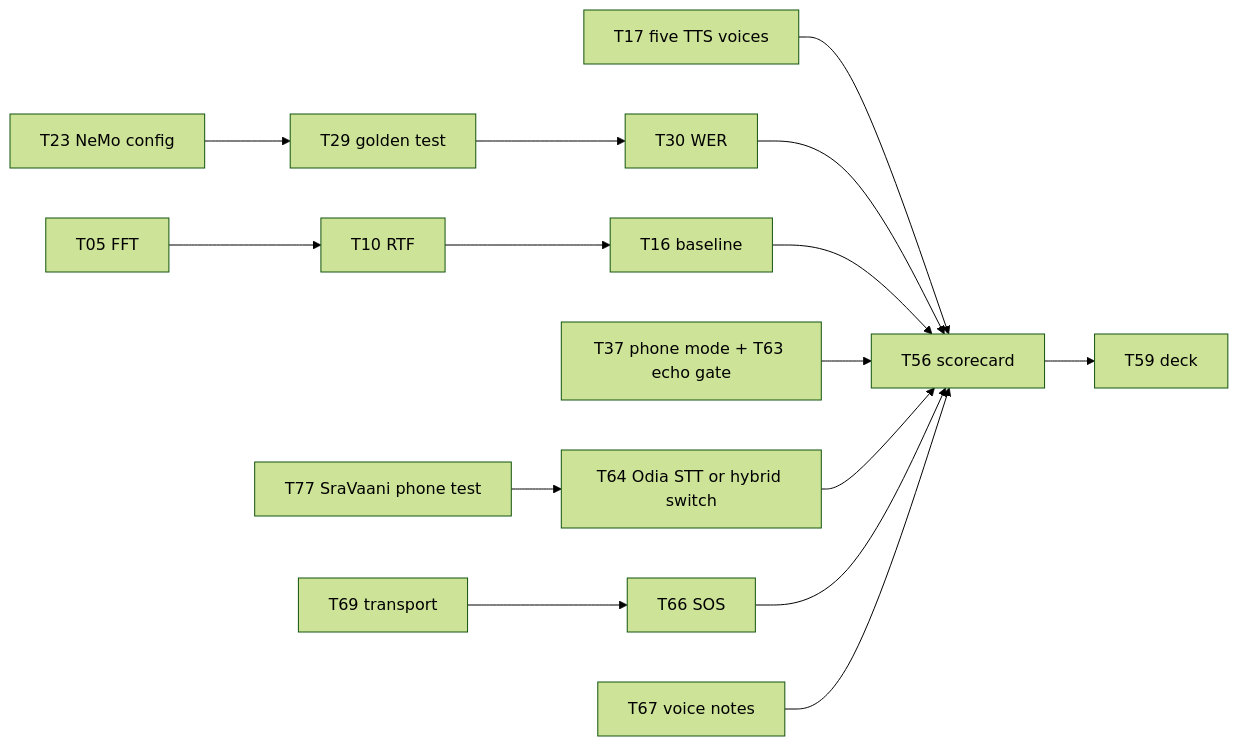
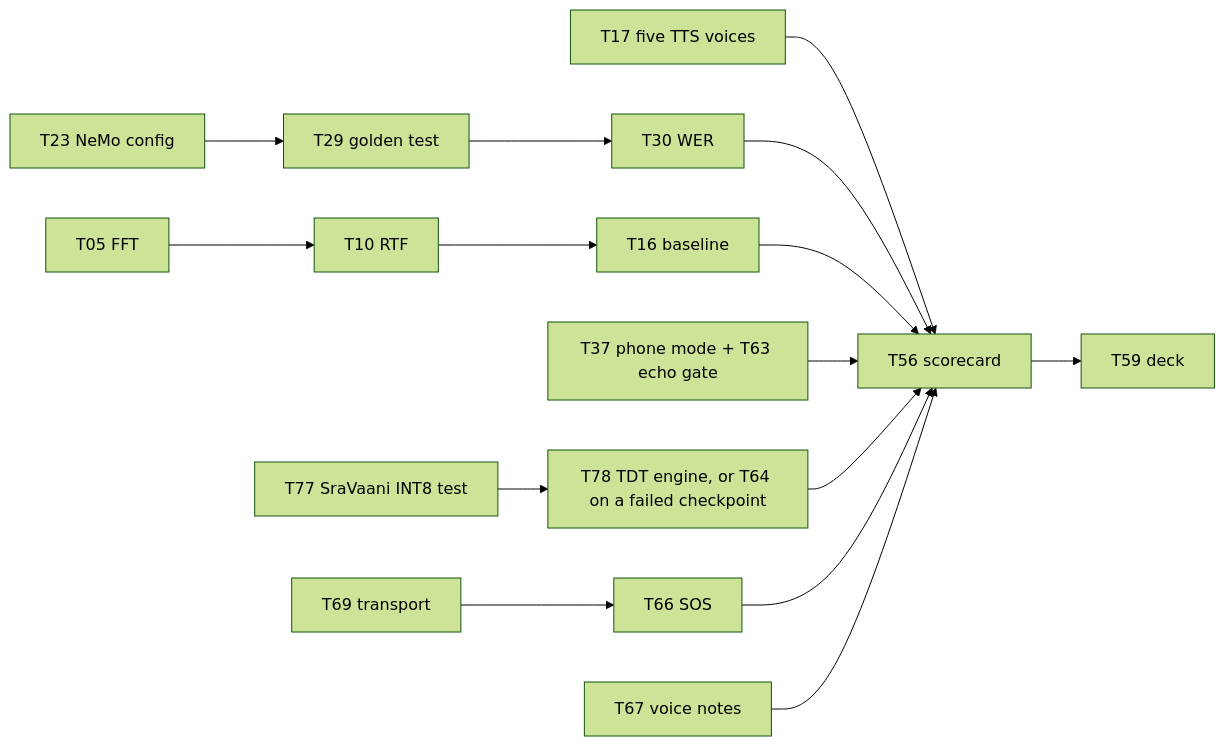
One commit to Precise-Goals/iTantra-Communication-Ecosystem changed the diagram in docs/TASKS.md. Above: the diagram before and after it, drawn with Mermaid (forest theme). The commit also changed other lines of this file and 6 other files, not shown here.

First line of the commit message:
Docs: plan the SraVaani TDT engine week (T78); T64 becomes its fallback

````diff
--- a/docs/TASKS.md
+++ b/docs/TASKS.md
@@ -480,17 +481,17 @@
 ```mermaid
 flowchart LR
   T05["T05 FFT"] --> T10["T10 RTF"]
   T10 --> T16["T16 baseline"]
   T17["T17 five TTS voices"] --> T56["T56 scorecard"]
   T23["T23 NeMo config"] --> T29["T29 golden test"]
   T29 --> T30["T30 WER"]
   T30 --> T56
   T16 --> T56
   T37["T37 phone mode + T63 echo gate"] --> T56
-  T77["T77 SraVaani phone test"] --> T64["T64 Odia STT or hybrid switch"]
+  T77["T77 SraVaani INT8 test"] --> T64["T78 TDT engine, or T64 on a failed checkpoint"]
   T64 --> T56
   T69["T69 transport"] --> T66["T66 SOS"]
   T66 --> T56
   T67["T67 voice notes"] --> T56
   T56 --> T59["T59 deck"]
 ```
````
